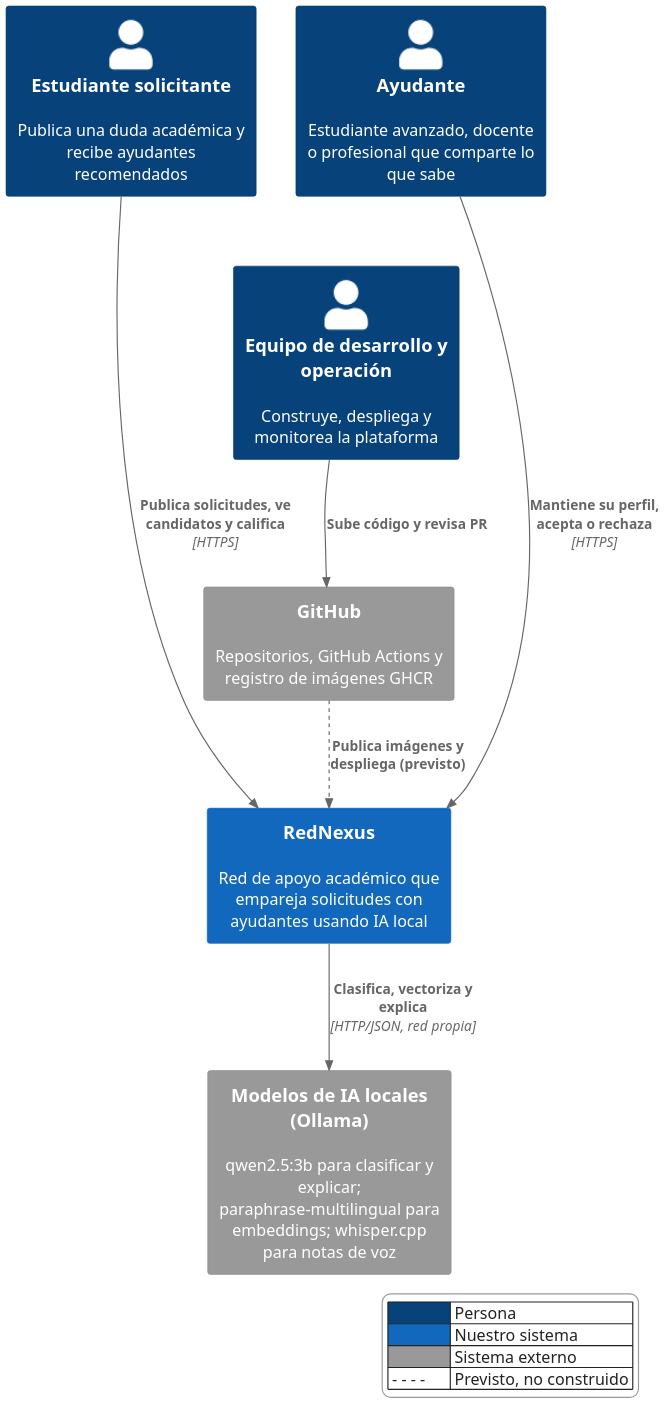
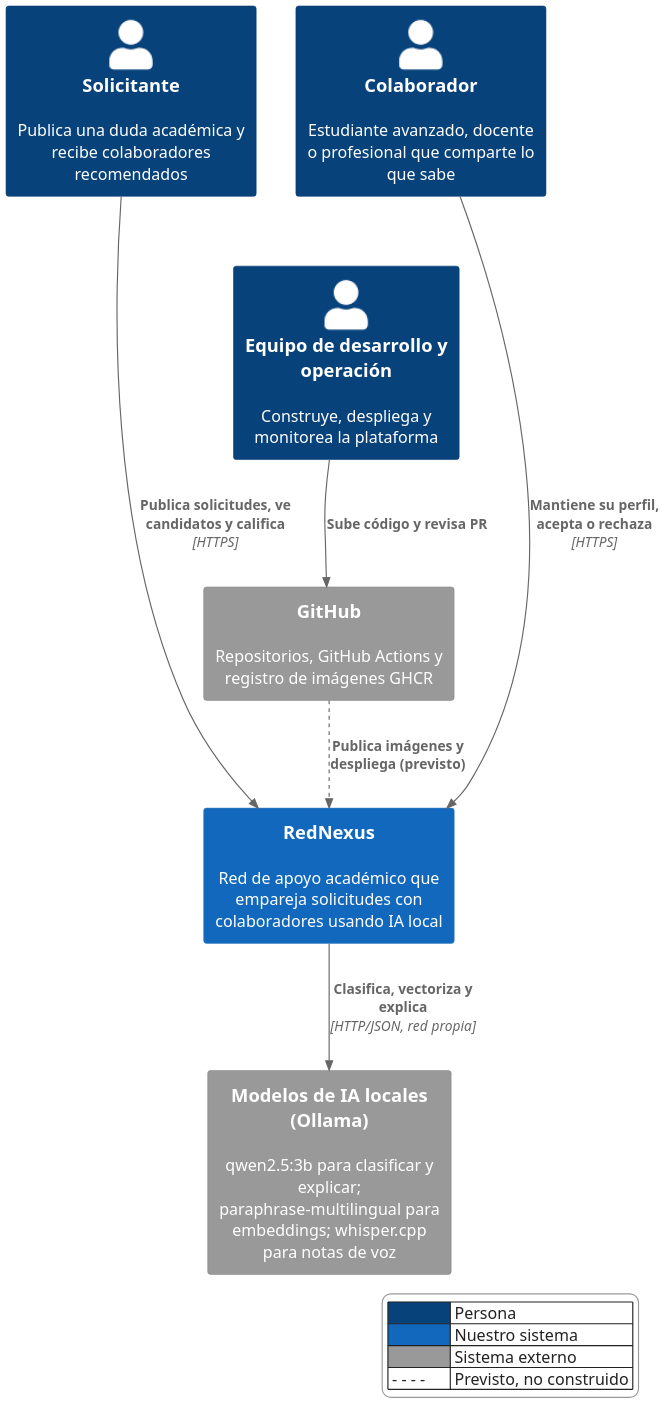
The diagram in docs/arquitectura/diagramas/01-c4-contexto.puml (juanjosegl/RedNexus-Platform), drawn with PlantUML before and after one commit. The commit also changed 15 other files, not shown here.

First line of the commit message:
docs(arquitectura): términos solicitante y colaborador en diagramas (#19)

```diff
--- a/docs/arquitectura/diagramas/01-c4-contexto.puml
+++ b/docs/arquitectura/diagramas/01-c4-contexto.puml
@@ -1,37 +1,37 @@
 @startuml 01-c4-contexto
 ' C4 nivel 1: contexto del sistema
 !include <C4/C4_Context>
 skinparam dpi 200
 skinparam defaultFontName "Helvetica"
 HIDE_STEREOTYPE()
 skinparam LegendFontColor #222222
 skinparam LegendBackgroundColor #ffffff
 skinparam LegendBorderColor #999999
 AddElementTag("previsto", $bgColor="#eef4fb", $fontColor="#1d3b5c", $borderColor="#438dd5", $borderStyle=DashedLine())
 AddRelTag("previsto", $lineStyle=DashedLine())
 
-Person(sol, "Estudiante solicitante", "Publica una duda académica y recibe ayudantes recomendados")
-Person(ayu, "Ayudante", "Estudiante avanzado, docente o profesional que comparte lo que sabe")
+Person(sol, "Solicitante", "Publica una duda académica y recibe colaboradores recomendados")
+Person(ayu, "Colaborador", "Estudiante avanzado, docente o profesional que comparte lo que sabe")
 Person(ops, "Equipo de desarrollo y operación", "Construye, despliega y monitorea la plataforma")
 
-System(rn, "RedNexus", "Red de apoyo académico que empareja solicitudes con ayudantes usando IA local")
+System(rn, "RedNexus", "Red de apoyo académico que empareja solicitudes con colaboradores usando IA local")
 
 System_Ext(ia, "Modelos de IA locales (Ollama)", "qwen2.5:3b para clasificar y explicar; paraphrase-multilingual para embeddings; whisper.cpp para notas de voz")
 System_Ext(gh, "GitHub", "Repositorios, GitHub Actions y registro de imágenes GHCR")
 
 Rel(sol, rn, "Publica solicitudes, ve candidatos y califica", "HTTPS")
 Rel(ayu, rn, "Mantiene su perfil, acepta o rechaza", "HTTPS")
 Rel(rn, ia, "Clasifica, vectoriza y explica", "HTTP/JSON, red propia")
 Rel(ops, gh, "Sube código y revisa PR")
 Rel(gh, rn, "Publica imágenes y despliega (previsto)", $tags="previsto")
 
 Lay_R(sol, ayu)
 Lay_D(ayu, ops)
 
 legend right
   |<#08427b>     | Persona |
   |<#1168bd>     | Nuestro sistema |
   |<#999999>     | Sistema externo |
   | - - - -      | Previsto, no construido |
 endlegend
 @enduml
```
